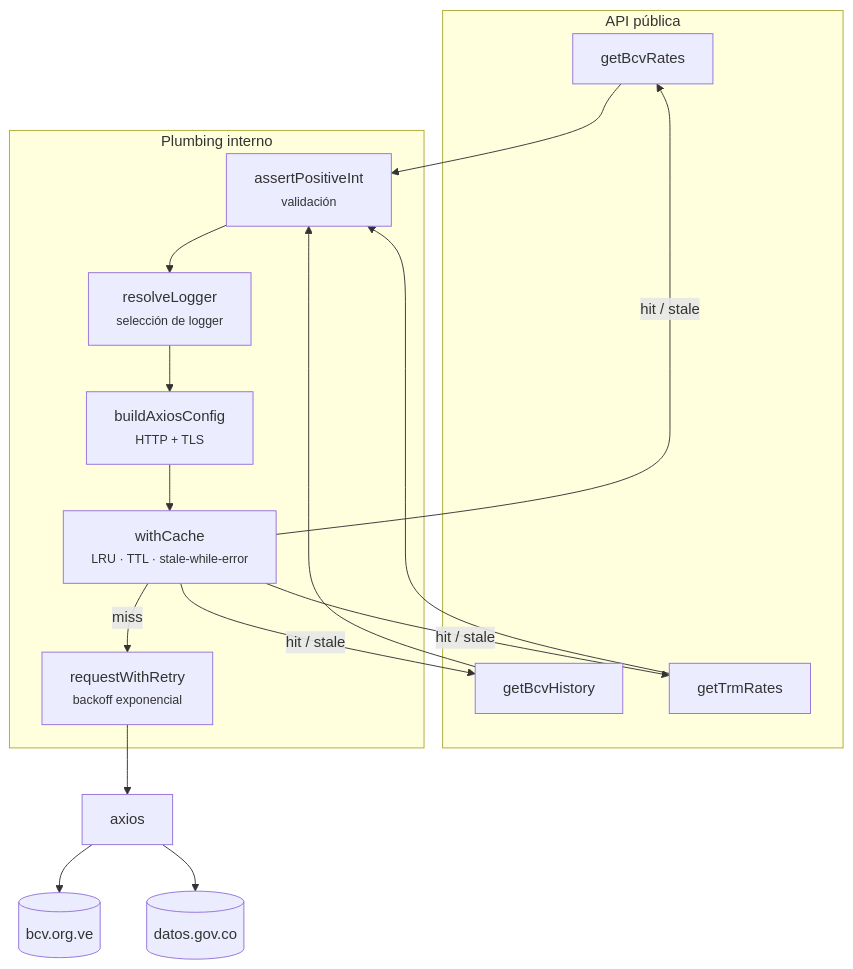
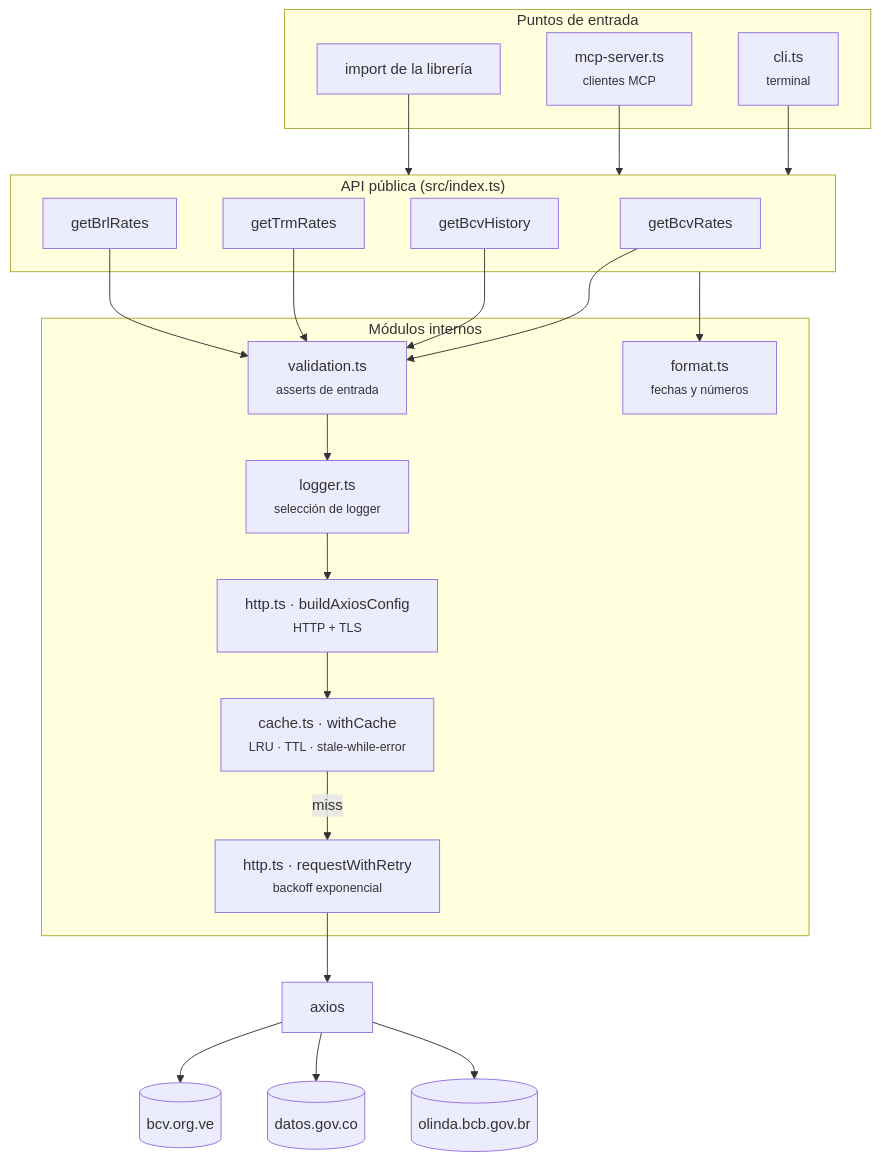
Before and after one commit to carrilloapps/bcv-exchange-rate: the first of 3 diagrams in docs/architecture.md, drawn with Mermaid. The commit also changed other lines of this file and 37 other files, not shown here.

````diff
--- a/docs/architecture.md
+++ b/docs/architecture.md
@@ -7,30 +7,41 @@
 ```mermaid
 flowchart TD
-    subgraph api["API pública"]
+    subgraph entry["Puntos de entrada"]
+        CLI[cli.ts<br/><small>terminal</small>]
+        MCP[mcp-server.ts<br/><small>clientes MCP</small>]
+        LIB[import de la librería]
+    end
+    subgraph api["API pública (src/index.ts)"]
         A[getBcvRates]
         B[getBcvHistory]
         C[getTrmRates]
+        D[getBrlRates]
     end
-    subgraph plumbing["Plumbing interno"]
-        V[assertPositiveInt<br/><small>validación</small>]
-        L[resolveLogger<br/><small>selección de logger</small>]
-        Cfg[buildAxiosConfig<br/><small>HTTP + TLS</small>]
-        Cache[withCache<br/><small>LRU · TTL · stale-while-error</small>]
-        Retry[requestWithRetry<br/><small>backoff exponencial</small>]
+    subgraph plumbing["Módulos internos"]
+        V[validation.ts<br/><small>asserts de entrada</small>]
+        L[logger.ts<br/><small>selección de logger</small>]
+        Cfg[http.ts · buildAxiosConfig<br/><small>HTTP + TLS</small>]
+        Cache[cache.ts · withCache<br/><small>LRU · TTL · stale-while-error</small>]
+        Retry[http.ts · requestWithRetry<br/><small>backoff exponencial</small>]
+        F[format.ts<br/><small>fechas y números</small>]
     end
     AX[axios]
     Up1[(bcv.org.ve)]
     Up2[(datos.gov.co)]
+    Up3[(olinda.bcb.gov.br)]
 
+    CLI --> api
+    MCP --> api
+    LIB --> api
     A --> V
     B --> V
     C --> V
+    D --> V
     V --> L --> Cfg --> Cache
     Cache -->|miss| Retry
     Retry --> AX
     AX --> Up1
     AX --> Up2
-    Cache -->|hit / stale| A
-    Cache -->|hit / stale| B
-    Cache -->|hit / stale| C
+    AX --> Up3
+    api --> F
 ```
````
